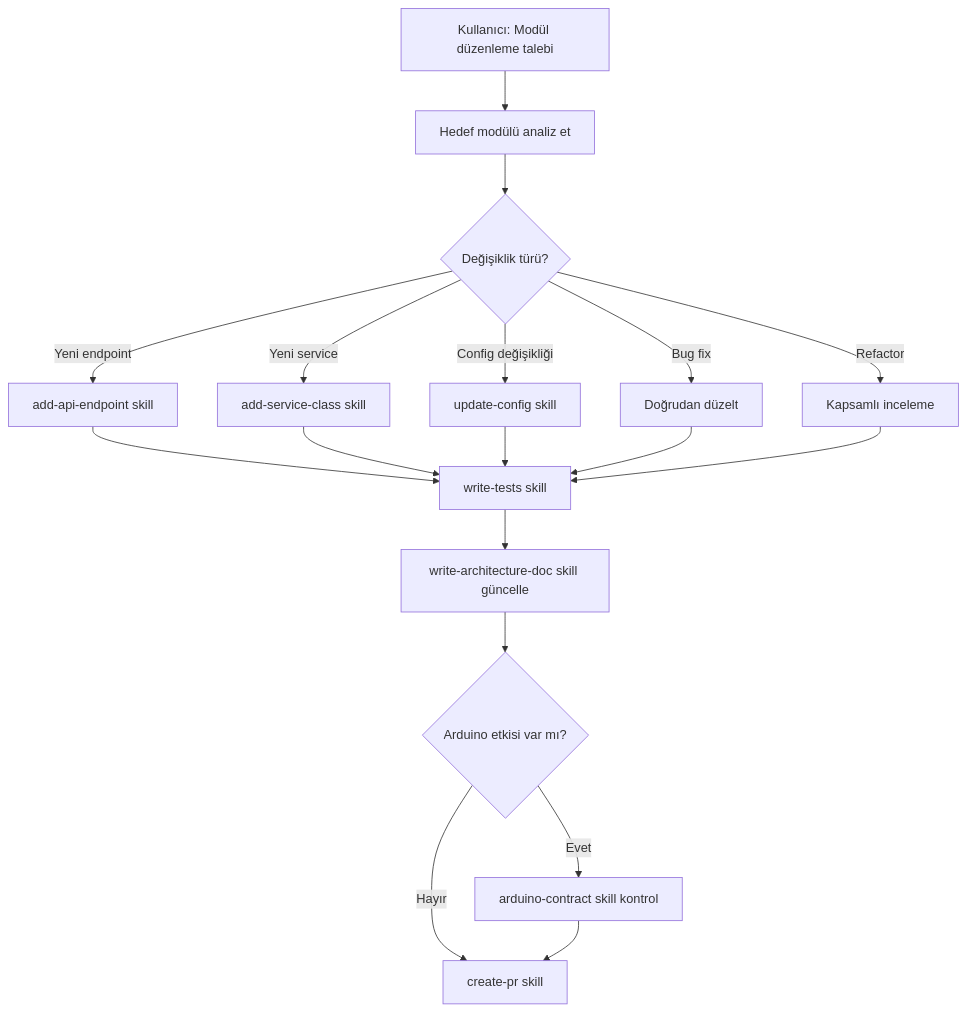
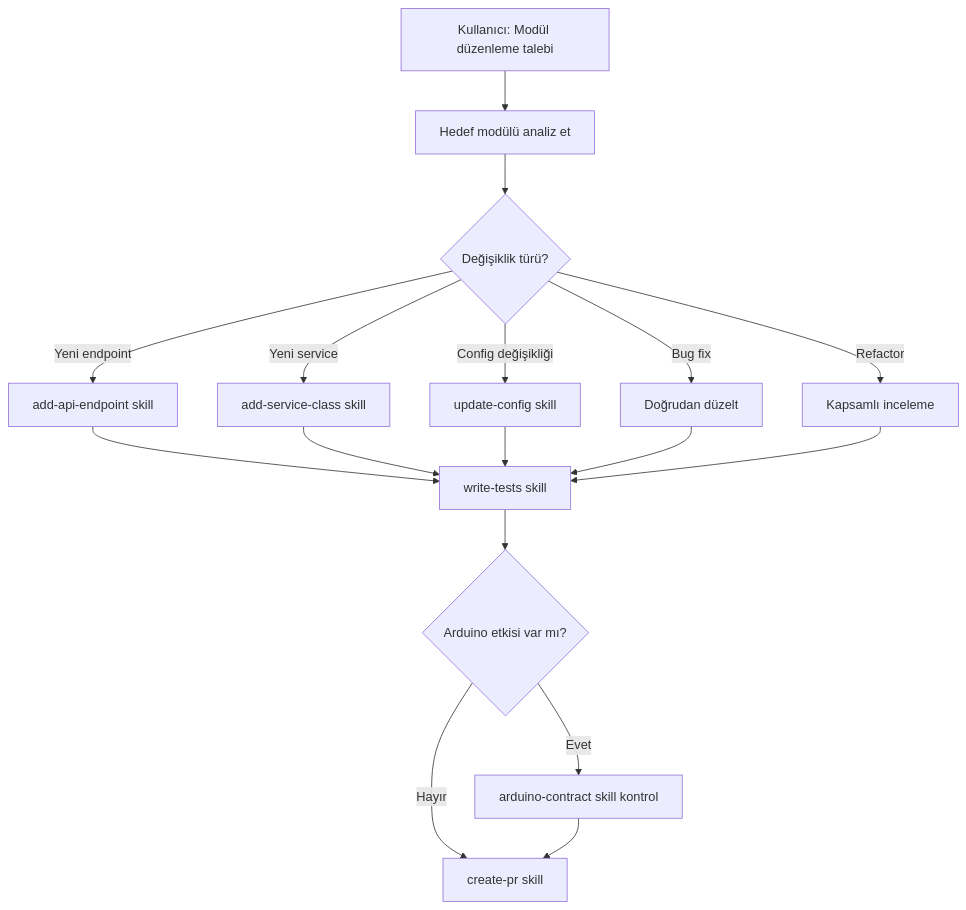
The diagram in .sentrybot/agents/module-editor.md (SentryCoderDev/SentryBOT), drawn with Mermaid before and after one commit. The commit also changed other lines of this file and 112 other files, not shown here.

````diff
--- a/.sentrybot/agents/module-editor.md
+++ b/.sentrybot/agents/module-editor.md
@@ -22,20 +21,19 @@
 ```mermaid
 flowchart TD
     A[Kullanıcı: Modül düzenleme talebi] --> B[Hedef modülü analiz et]
     B --> C{Değişiklik türü?}
     C -- Yeni endpoint --> D[add-api-endpoint skill]
     C -- Yeni service --> E[add-service-class skill]
     C -- Config değişikliği --> F[update-config skill]
     C -- Bug fix --> G[Doğrudan düzelt]
     C -- Refactor --> H[Kapsamlı inceleme]
     D --> I[write-tests skill]
     E --> I
     F --> I
     G --> I
     H --> I
-    I --> J[write-architecture-doc skill güncelle]
-    J --> K{Arduino etkisi var mı?}
-    K -- Evet --> L[arduino-contract skill kontrol]
-    K -- Hayır --> M[create-pr skill]
-    L --> M
+    I --> J{Arduino etkisi var mı?}
+    J -- Evet --> K[arduino-contract skill kontrol]
+    J -- Hayır --> L[create-pr skill]
+    K --> L
 ```
````
